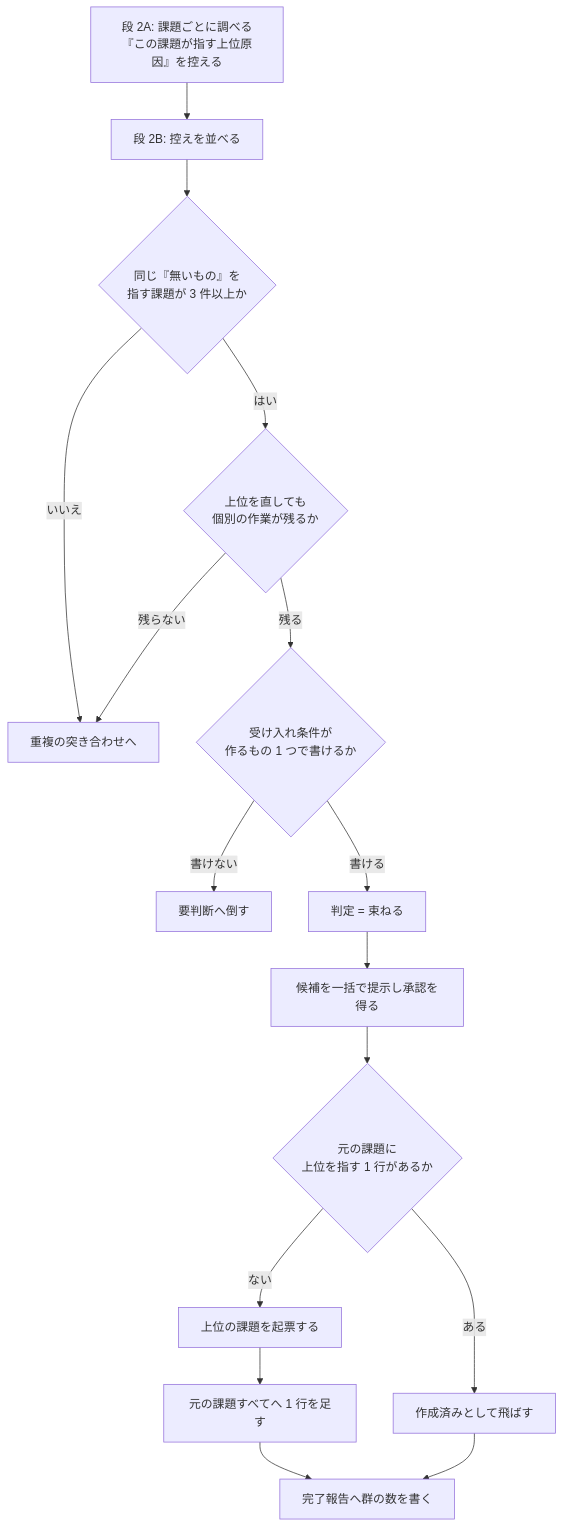
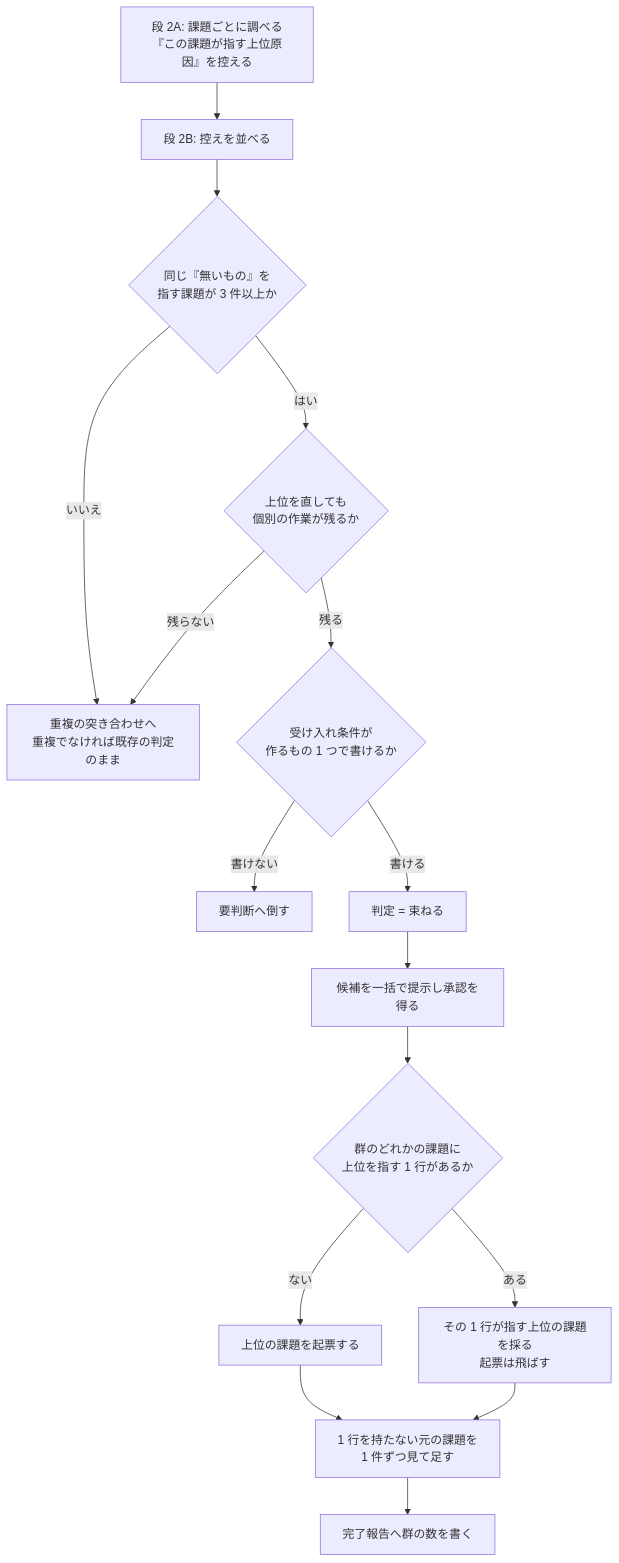
The third of 3 diagrams in issues/issue-712-713-design.md (devbasex/ai-plugins), drawn with Mermaid before and after one commit. The commit also changed other lines of this file and 1 other file, not shown here.

````diff
--- a/issues/issue-712-713-design.md
+++ b/issues/issue-712-713-design.md
@@ -170,18 +173,18 @@
 ```mermaid
 flowchart TD
     A["段 2A: 課題ごとに調べる<br/>『この課題が指す上位原因』を控える"] --> B["段 2B: 控えを並べる"]
     B --> C{"同じ『無いもの』を<br/>指す課題が 3 件以上か"}
-    C -->|いいえ| D["重複の突き合わせへ"]
+    C -->|いいえ| D["重複の突き合わせへ<br/>重複でなければ既存の判定のまま"]
     C -->|はい| E{"上位を直しても<br/>個別の作業が残るか"}
     E -->|残らない| D
     E -->|残る| F{"受け入れ条件が<br/>作るもの 1 つで書けるか"}
     F -->|書けない| G["要判断へ倒す"]
     F -->|書ける| H["判定 = 束ねる"]
     H --> I["候補を一括で提示し承認を得る"]
-    I --> J{"元の課題に<br/>上位を指す 1 行があるか"}
-    J -->|ある| K["作成済みとして飛ばす"]
+    I --> J{"群のどれかの課題に<br/>上位を指す 1 行があるか"}
+    J -->|ある| K["その 1 行が指す上位の課題を採る<br/>起票は飛ばす"]
     J -->|ない| L["上位の課題を起票する"]
-    L --> M["元の課題すべてへ 1 行を足す"]
+    L --> M["1 行を持たない元の課題を<br/>1 件ずつ見て足す"]
+    K --> M
     M --> N["完了報告へ群の数を書く"]
-    K --> N
 ```
````
